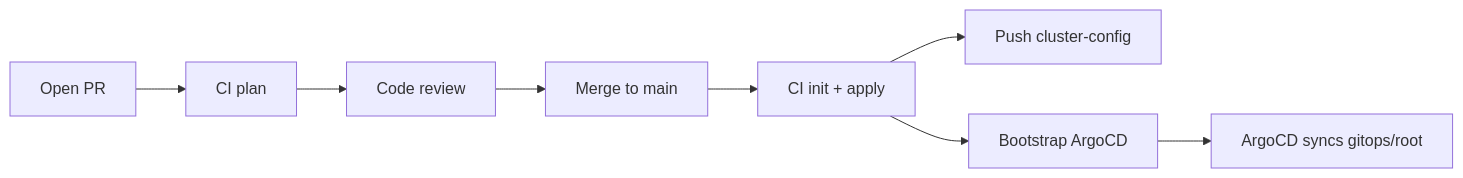
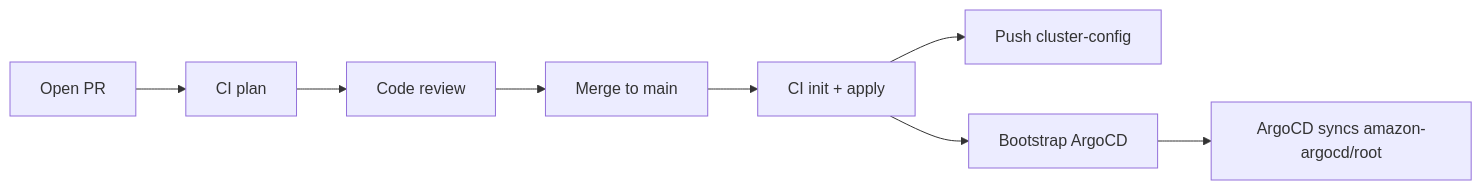
One commit to thuyein97/Amazon-Prime-Terraform-Repo changed the diagram in README.md. Above: the diagram before and after it, drawn with Mermaid. The commit also changed other lines of this file and 1 other file, not shown here.

First line of the commit message:
chore: standardize GitOps repo references to amazon-argocd

````diff
--- a/README.md
+++ b/README.md
@@ -55,10 +55,10 @@
 ```mermaid
 flowchart LR
   PR[Open PR] --> Plan[CI plan]
   Plan --> Review[Code review]
   Review --> Merge[Merge to main]
   Merge --> Apply[CI init + apply]
   Apply --> GitOps[Push cluster-config]
   Apply --> ArgoCD[Bootstrap ArgoCD]
-  ArgoCD --> Apps[ArgoCD syncs gitops/root]
+  ArgoCD --> Apps[ArgoCD syncs amazon-argocd/root]
 ```
````
